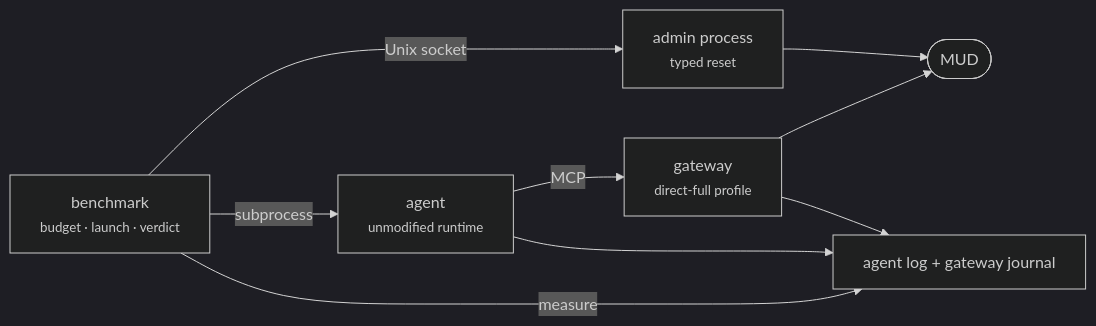
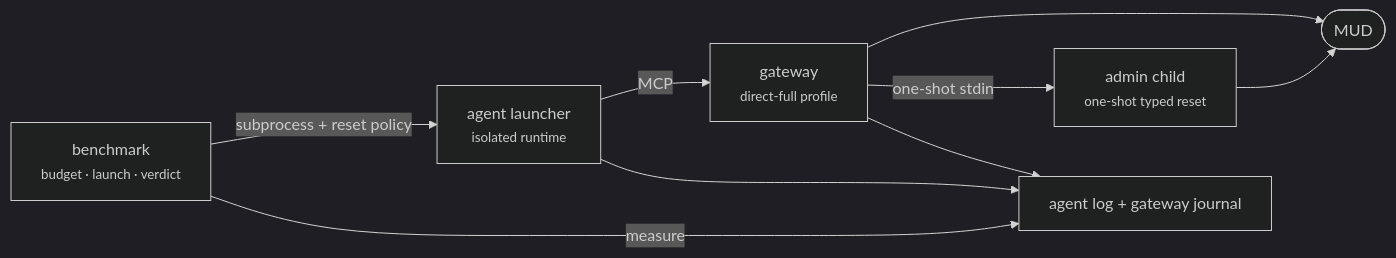
One commit to IbnouT/claude-code-camp-2026-Q2 changed the diagram in docs/plans/week2_observ/benchmark.md. Above: the diagram before and after it, drawn with Mermaid (dark theme). The commit also changed other lines of this file and 36 other files, not shown here.

````diff
--- a/docs/plans/week2_observ/benchmark.md
+++ b/docs/plans/week2_observ/benchmark.md
@@ -12,15 +12,15 @@
 ```mermaid
 flowchart LR
     BM["benchmark<br/><small>budget · launch · verdict</small>"]
-    AP["admin process<br/><small>typed reset</small>"]
-    AG["agent<br/><small>unmodified runtime</small>"]
+    AP["admin child<br/><small>one-shot typed reset</small>"]
+    AG["agent launcher<br/><small>isolated runtime</small>"]
     GW["gateway<br/><small>direct-full profile</small>"]
     MUD(["MUD"])
     LOG["agent log + gateway journal"]
 
-    BM -->|Unix socket| AP --> MUD
-    BM -->|subprocess| AG -->|MCP| GW --> MUD
+    BM -->|subprocess + reset policy| AG -->|MCP| GW --> MUD
+    GW -->|one-shot stdin| AP --> MUD
     AG --> LOG
     GW --> LOG
     BM -->|measure| LOG
 ```
````
